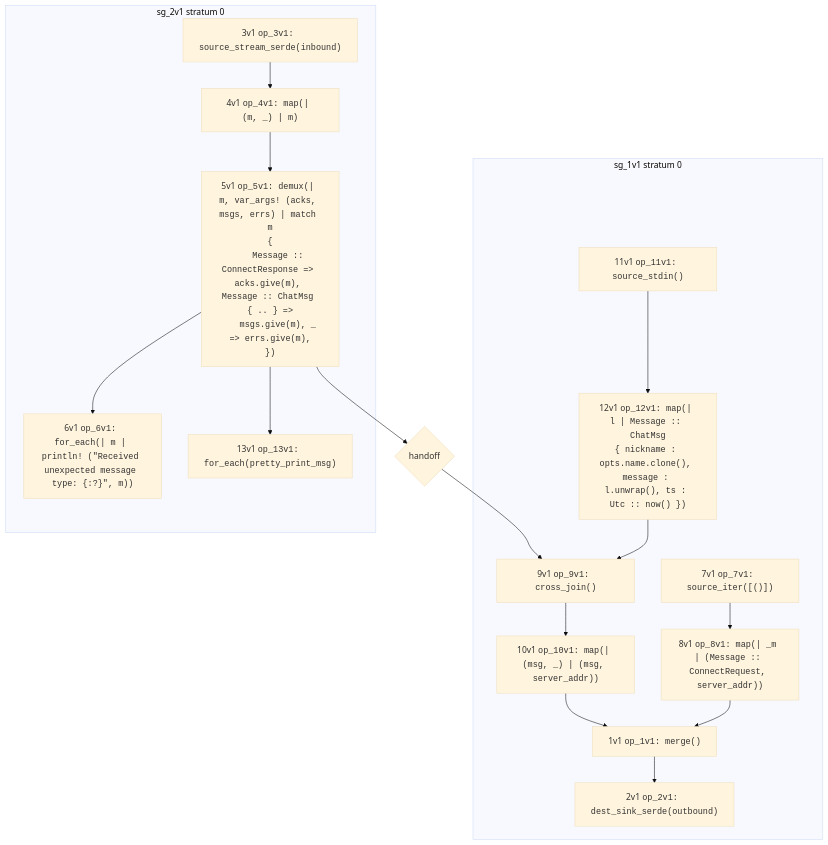
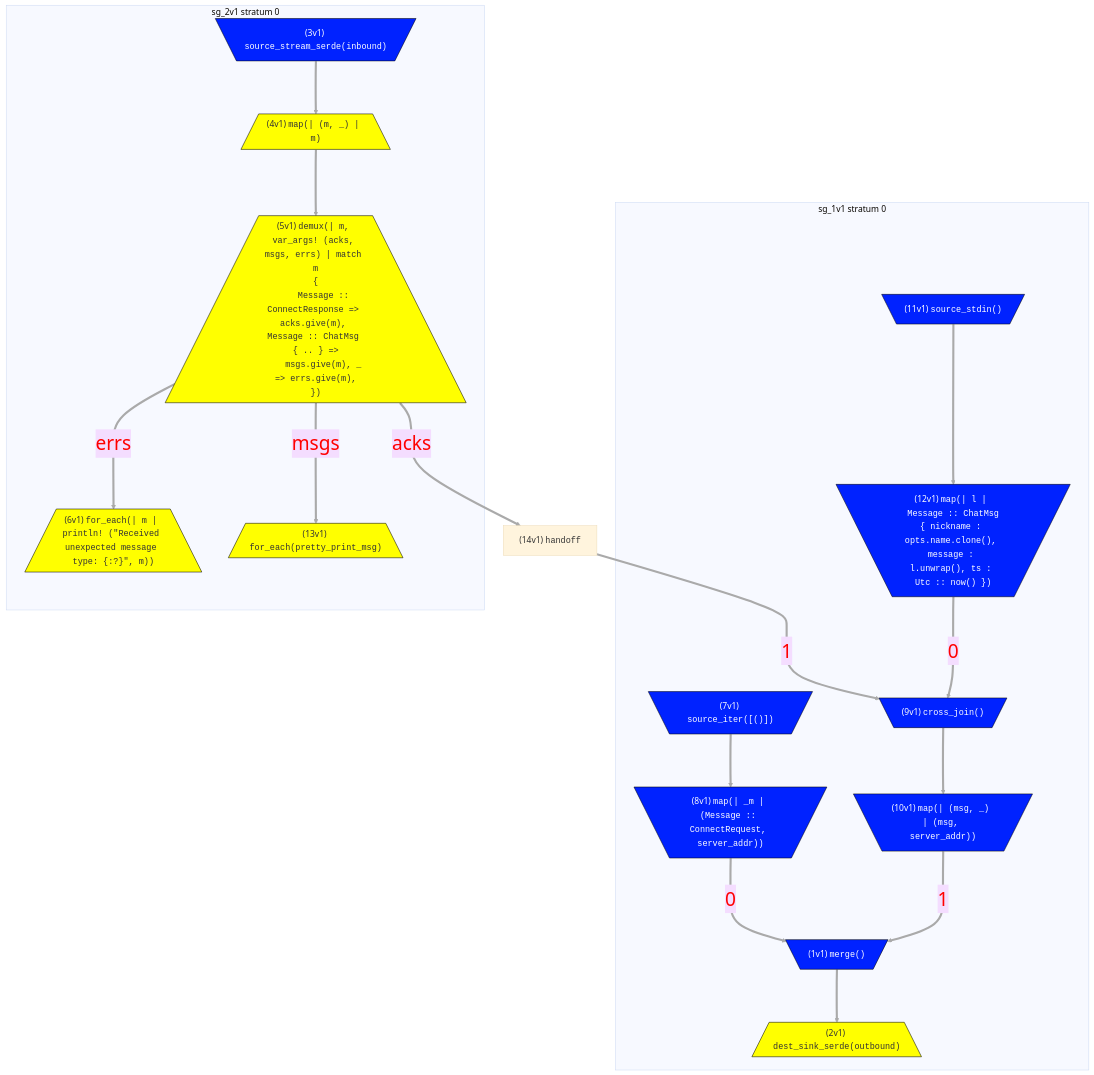
One commit to nickjiang2378/hydroflow changed the second of 2 diagrams in book/example_8_chat_server.md. Above: the diagram before and after it, drawn with Mermaid (base theme). The commit also changed other lines of this file and 13 other files, not shown here.

Commit message:
update mermaid diagrams in book (#322)

````diff
--- a/book/example_8_chat_server.md
+++ b/book/example_8_chat_server.md
@@ -356,36 +357,37 @@
 ```mermaid
-flowchart TB
-    subgraph "sg_1v1 stratum 0"
-        7v1["7v1 <tt>op_7v1: source_iter([()])</tt>"]
-        8v1["8v1 <tt>op_8v1: map(| _m | (Message :: ConnectRequest, server_addr))</tt>"]
-        11v1["11v1 <tt>op_11v1: source_stdin()</tt>"]
-        12v1["12v1 <tt>op_12v1: map(| l | Message :: ChatMsg<br>{ nickname : opts.name.clone(), message : l.unwrap(), ts : Utc :: now() })</tt>"]
-        9v1["9v1 <tt>op_9v1: cross_join()</tt>"]
-        10v1["10v1 <tt>op_10v1: map(| (msg, _) | (msg, server_addr))</tt>"]
-        1v1["1v1 <tt>op_1v1: merge()</tt>"]
-        2v1["2v1 <tt>op_2v1: dest_sink_serde(outbound)</tt>"]
-    end
-    subgraph "sg_2v1 stratum 0"
-        3v1["3v1 <tt>op_3v1: source_stream_serde(inbound)</tt>"]
-        4v1["4v1 <tt>op_4v1: map(| (m, _) | m)</tt>"]
-        5v1["5v1 <tt>op_5v1: demux(| m, var_args! (acks, msgs, errs) | match m<br>{<br>    Message :: ConnectResponse =&gt; acks.give(m), Message :: ChatMsg { .. } =&gt;<br>    msgs.give(m), _ =&gt; errs.give(m),<br>})</tt>"]
-        6v1["6v1 <tt>op_6v1: for_each(| m | println! (&quot;Received unexpected message type: {:?}&quot;, m))</tt>"]
-        13v1["13v1 <tt>op_13v1: for_each(pretty_print_msg)</tt>"]
-    end
-
-    14v1{"handoff"}
-
-    1v1-->2v1
-    3v1-->4v1
-    4v1-->5v1
-    5v1-->6v1
-    5v1-->14v1
-    5v1-->13v1
-    7v1-->8v1
-    8v1-->1v1
-    9v1-->10v1
-    10v1-->1v1
-    11v1-->12v1
-    12v1-->9v1
-    14v1-->9v1
+flowchart TD
+classDef pullClass fill:#02f,color:#fff,stroke:#000
+classDef pushClass fill:#ff0,stroke:#000
+linkStyle default stroke:#aaa,stroke-width:4px,color:red,font-size:1.5em;
+subgraph "sg_1v1 stratum 0"
+    7v1[\"(7v1) <tt>source_iter([()])</tt>"/]:::pullClass
+    8v1[\"(8v1) <tt>map(| _m | (Message :: ConnectRequest, server_addr))</tt>"/]:::pullClass
+    11v1[\"(11v1) <tt>source_stdin()</tt>"/]:::pullClass
+    12v1[\"(12v1) <tt>map(| l | Message :: ChatMsg<br>{ nickname : opts.name.clone(), message : l.unwrap(), ts : Utc :: now() })</tt>"/]:::pullClass
+    9v1[\"(9v1) <tt>cross_join()</tt>"/]:::pullClass
+    10v1[\"(10v1) <tt>map(| (msg, _) | (msg, server_addr))</tt>"/]:::pullClass
+    1v1[\"(1v1) <tt>merge()</tt>"/]:::pullClass
+    2v1[/"(2v1) <tt>dest_sink_serde(outbound)</tt>"\]:::pushClass
+    7v1--->8v1
+    8v1--0--->1v1
+    11v1--->12v1
+    12v1--0--->9v1
+    9v1--->10v1
+    10v1--1--->1v1
+    1v1--->2v1
+end
+subgraph "sg_2v1 stratum 0"
+    3v1[\"(3v1) <tt>source_stream_serde(inbound)</tt>"/]:::pullClass
+    4v1[/"(4v1) <tt>map(| (m, _) | m)</tt>"\]:::pushClass
+    5v1[/"(5v1) <tt>demux(| m, var_args! (acks, msgs, errs) | match m<br>{<br>    Message :: ConnectResponse =&gt; acks.give(m), Message :: ChatMsg { .. } =&gt;<br>    msgs.give(m), _ =&gt; errs.give(m),<br>})</tt>"\]:::pushClass
+    6v1[/"(6v1) <tt>for_each(| m | println! (&quot;Received unexpected message type: {:?}&quot;, m))</tt>"\]:::pushClass
+    13v1[/"(13v1) <tt>for_each(pretty_print_msg)</tt>"\]:::pushClass
+    3v1--->4v1
+    4v1--->5v1
+    5v1--errs--->6v1
+    5v1--msgs--->13v1
+end
+5v1--acks--->14v1
+14v1["(14v1) <tt>handoff</tt>"]:::otherClass
+14v1--1--->9v1
 ```
````
